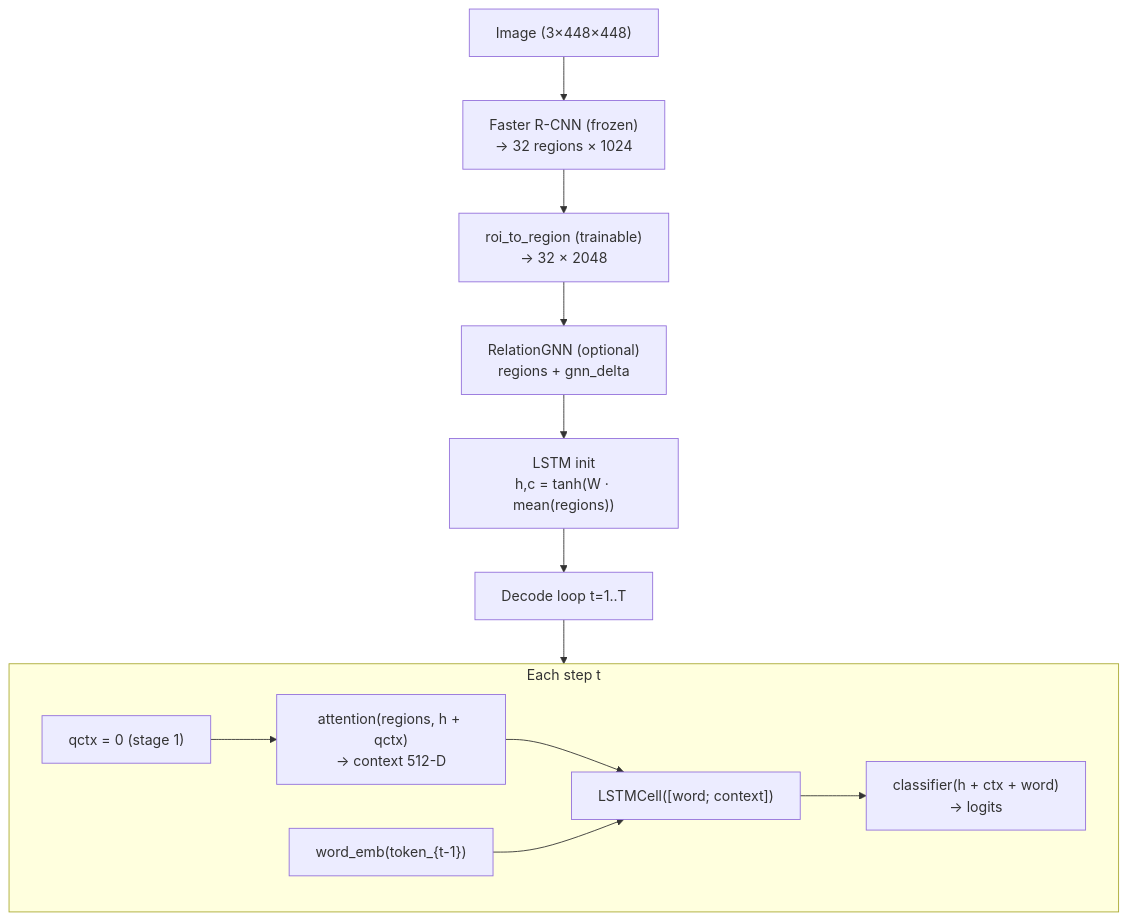
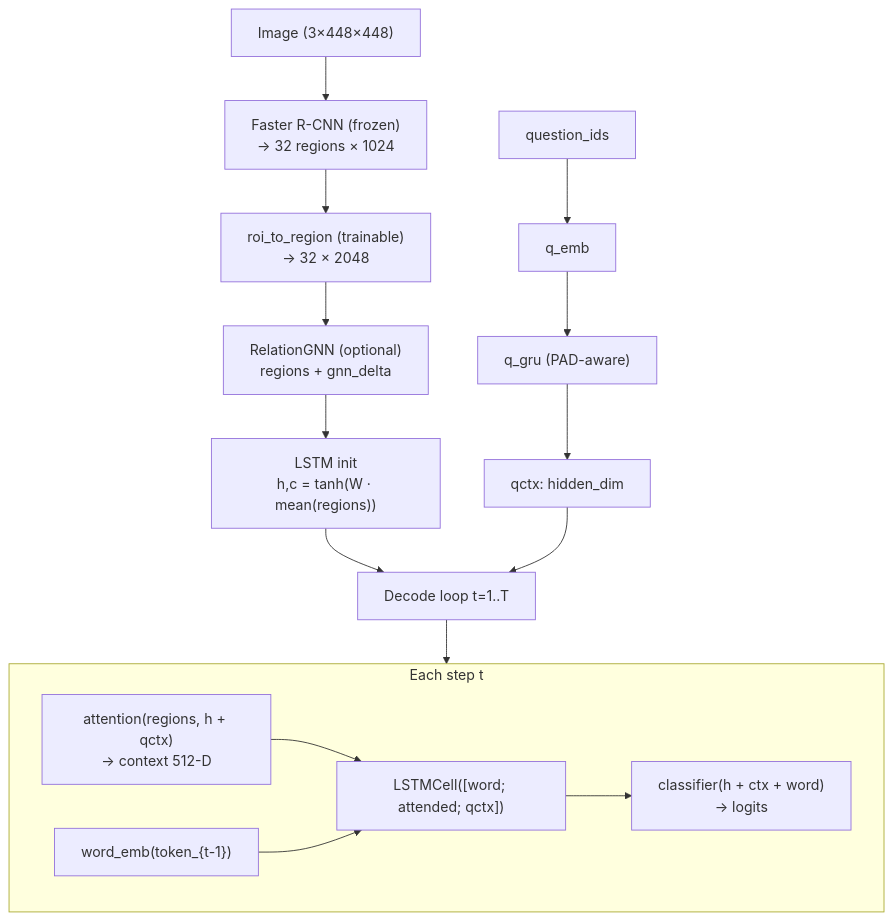
Before and after one commit to MahdiRuzmeh/ImageCaptioningImprovedVisualQuestionAnswering: the second of 3 diagrams in architecture/ARCHITECTURE.en.md, drawn with Mermaid. The commit also changed other lines of this file and 14 other files, not shown here.

````diff
--- a/architecture/ARCHITECTURE.en.md
+++ b/architecture/ARCHITECTURE.en.md
@@ -68,25 +72,28 @@
 ```mermaid
 flowchart TB
     IMG["Image (3×448×448)"]
     FRCNN["Faster R-CNN (frozen)\n→ 32 regions × 1024"]
     ROI["roi_to_region (trainable)\n→ 32 × 2048"]
     GNN["RelationGNN (optional)\nregions + gnn_delta"]
     INIT["LSTM init\nh,c = tanh(W · mean(regions))"]
+    Q["question_ids"]
+    QEMB["q_emb"]
+    QGRU["q_gru (PAD-aware)"]
+    QCTX["qctx: hidden_dim"]
     LOOP["Decode loop t=1..T"]
 
     IMG --> FRCNN --> ROI --> GNN --> INIT --> LOOP
+    Q --> QEMB --> QGRU --> QCTX --> LOOP
 
     subgraph LOOP_DETAIL["Each step t"]
-        QCTX["qctx = 0 (stage 1)"]
         ATT["attention(regions, h + qctx)\n→ context 512-D"]
         WE["word_emb(token_{t-1})"]
-        LSTM["LSTMCell([word; context])"]
+        LSTM["LSTMCell([word; attended; qctx])"]
         OUT["classifier(h + ctx + word)\n→ logits"]
-        QCTX --> ATT
         ATT --> LSTM
         WE --> LSTM
         LSTM --> OUT
     end
 
     LOOP --> LOOP_DETAIL
 ```
````
